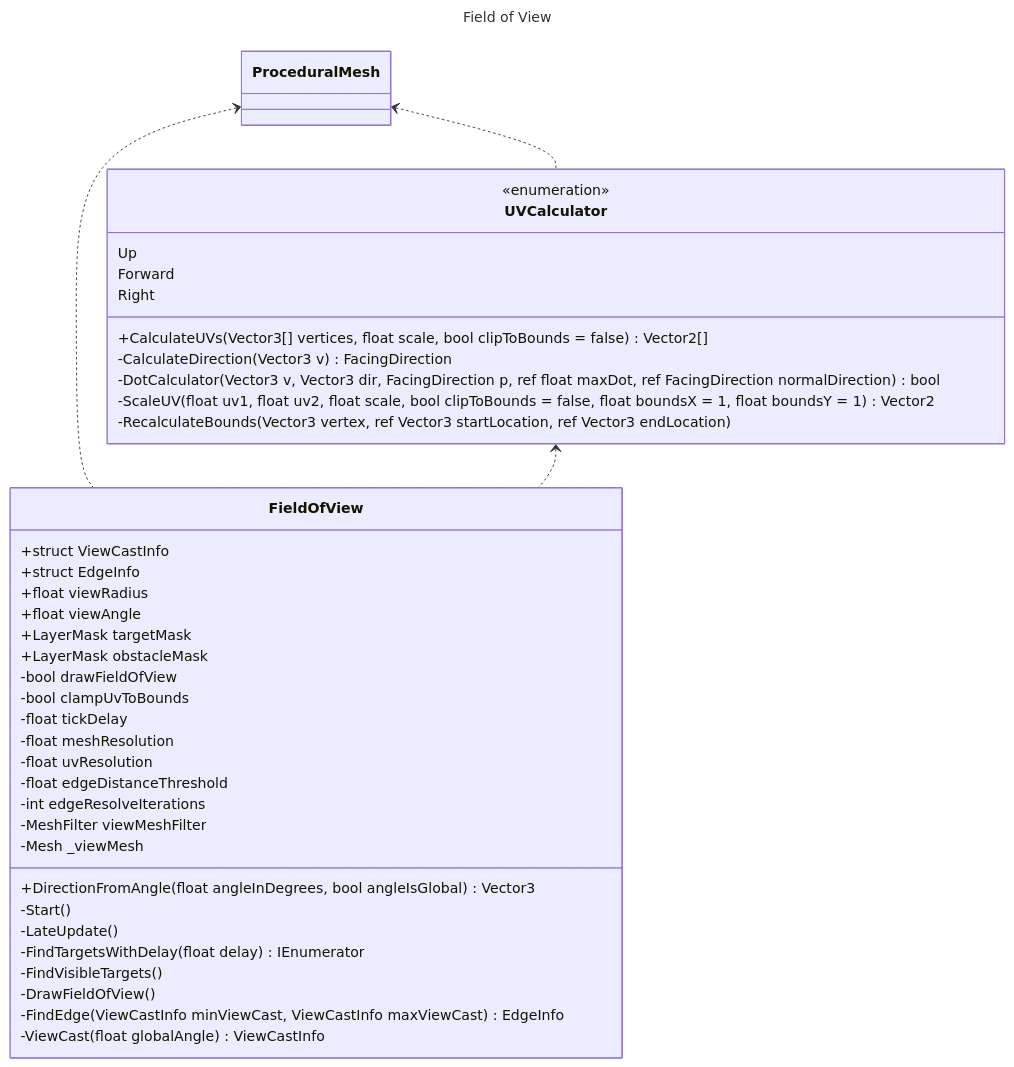
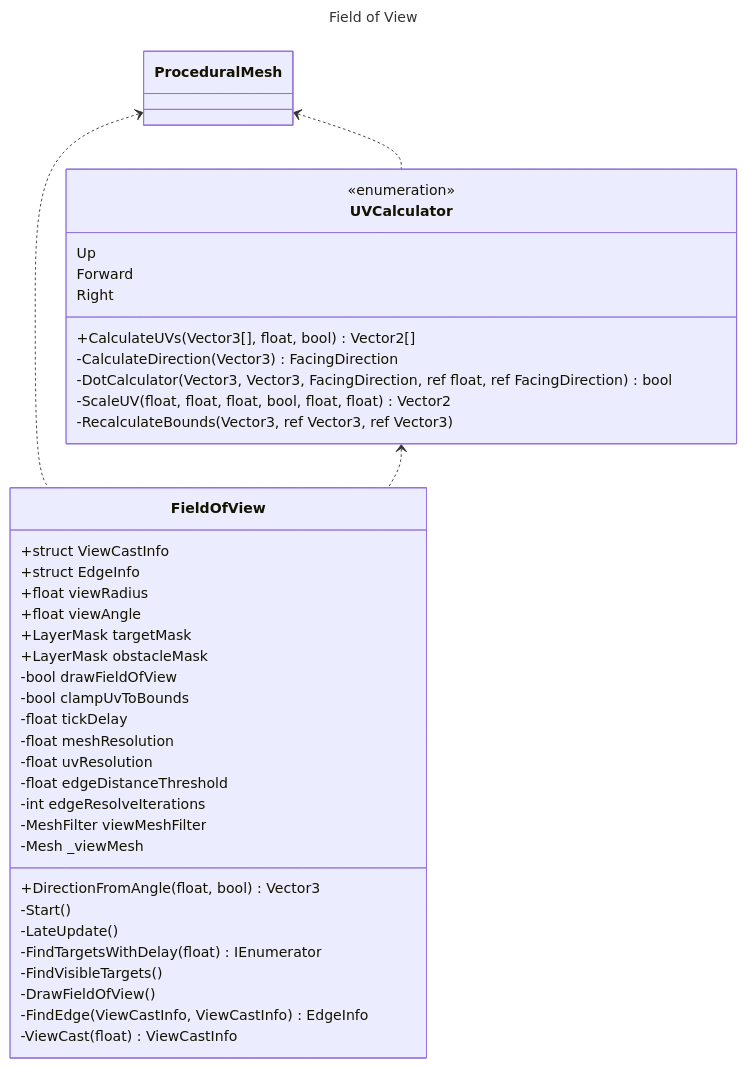
The first of 3 diagrams in README.md (Calvin-Davidson/Examen), drawn with Mermaid before and after one commit.

Commit message:
Removed function variable names

````diff
--- a/README.md
+++ b/README.md
@@ -49,51 +49,51 @@
 ```mermaid
 ---
 title: Field of View
 ---
 classDiagram
     ProceduralMesh <.. FieldOfView
     UVCalculator <.. FieldOfView
     ProceduralMesh <.. UVCalculator
     class FieldOfView{
         +struct ViewCastInfo
         +struct EdgeInfo
         +float viewRadius
         +float viewAngle
         +LayerMask targetMask
         +LayerMask obstacleMask
 
         -bool drawFieldOfView
         -bool clampUvToBounds
         -float tickDelay
         -float meshResolution
         -float uvResolution
         -float edgeDistanceThreshold
         -int edgeResolveIterations
         -MeshFilter viewMeshFilter
         -Mesh _viewMesh
 
-        +DirectionFromAngle(float angleInDegrees, bool angleIsGlobal) Vector3
+        +DirectionFromAngle(float, bool) Vector3
         -Start()
         -LateUpdate()
-        -FindTargetsWithDelay(float delay) IEnumerator
+        -FindTargetsWithDelay(float) IEnumerator
         -FindVisibleTargets()
         -DrawFieldOfView()
-        -FindEdge(ViewCastInfo minViewCast, ViewCastInfo maxViewCast) EdgeInfo
-        -ViewCast(float globalAngle) ViewCastInfo
+        -FindEdge(ViewCastInfo, ViewCastInfo) EdgeInfo
+        -ViewCast(float) ViewCastInfo
     }
     class UVCalculator{
         <<enumeration>>
         Up
         Forward
         Right
 
-        +CalculateUVs(Vector3[] vertices, float scale, bool clipToBounds = false) Vector2[]
-        -CalculateDirection(Vector3 v) FacingDirection
-        -DotCalculator(Vector3 v, Vector3 dir, FacingDirection p, ref float maxDot, ref FacingDirection normalDirection) bool
-        -ScaleUV(float uv1, float uv2, float scale, bool clipToBounds = false, float boundsX = 1, float boundsY = 1) Vector2
-        -RecalculateBounds(Vector3 vertex, ref Vector3 startLocation, ref Vector3 endLocation)
+        +CalculateUVs(Vector3[], float, bool) Vector2[]
+        -CalculateDirection(Vector3) FacingDirection
+        -DotCalculator(Vector3, Vector3, FacingDirection, ref float, ref FacingDirection) bool
+        -ScaleUV(float, float, float, bool, float, float) Vector2
+        -RecalculateBounds(Vector3, ref Vector3, ref Vector3)
     }
     class ProceduralMesh {
 
 }
 ```
````
